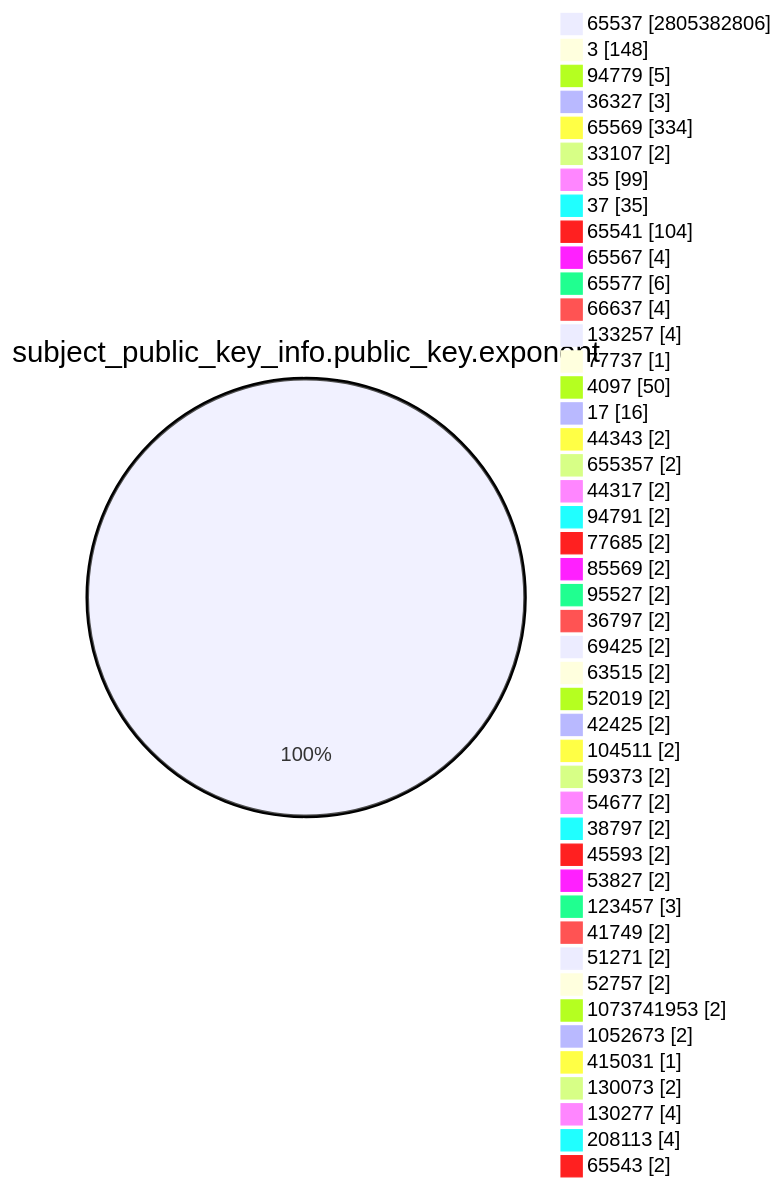
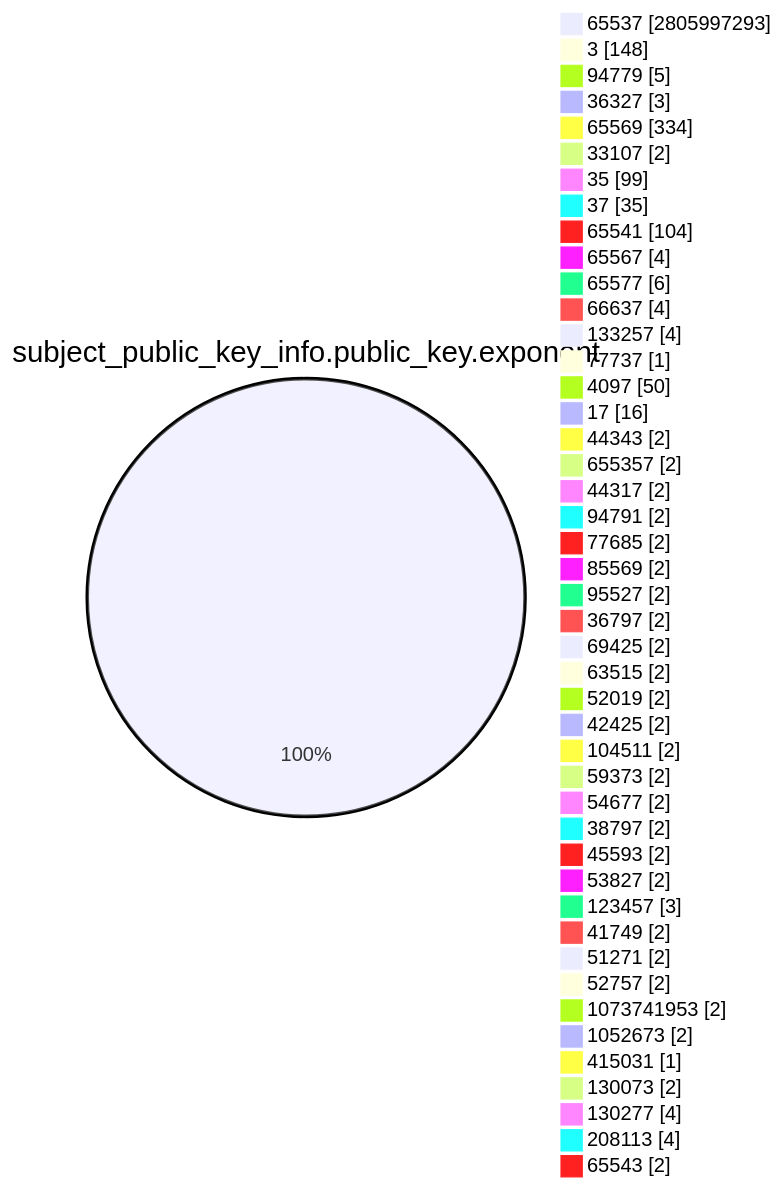
Before and after one commit to christiankrug/ctmonitor_visualization: the fourth of 15 diagrams in TOTAL/README.md, drawn with Mermaid. The commit also changed other lines of this file, not shown here.

````diff
--- a/TOTAL/README.md
+++ b/TOTAL/README.md
@@ -1467,49 +1467,49 @@
 ```mermaid
 pie showData
 title subject_public_key_info.public_key.exponent
-"65537" :2805382806
+"65537" :2805997293
 "3" :148
 "94779" :5
 "36327" :3
 "65569" :334
 "33107" :2
 "35" :99
 "37" :35
 "65541" :104
 "65567" :4
 "65577" :6
 "66637" :4
 "133257" :4
 "77737" :1
 "4097" :50
 "17" :16
 "44343" :2
 "655357" :2
 "44317" :2
 "94791" :2
 "77685" :2
 "85569" :2
 "95527" :2
 "36797" :2
 "69425" :2
 "63515" :2
 "52019" :2
 "42425" :2
 "104511" :2
 "59373" :2
 "54677" :2
 "38797" :2
 "45593" :2
 "53827" :2
 "123457" :3
 "41749" :2
 "51271" :2
 "52757" :2
 "1073741953" :2
 "1052673" :2
 "415031" :1
 "130073" :2
 "130277" :4
 "208113" :4
 "65543" :2
 ```
````
